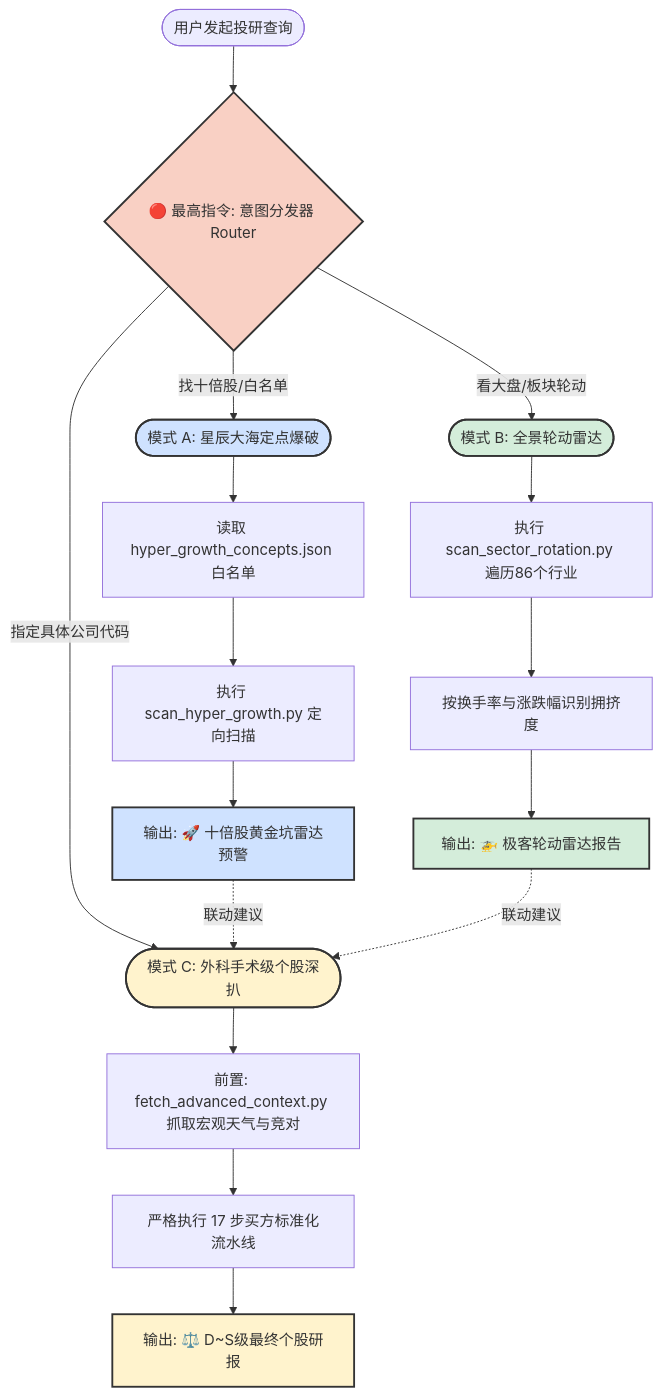
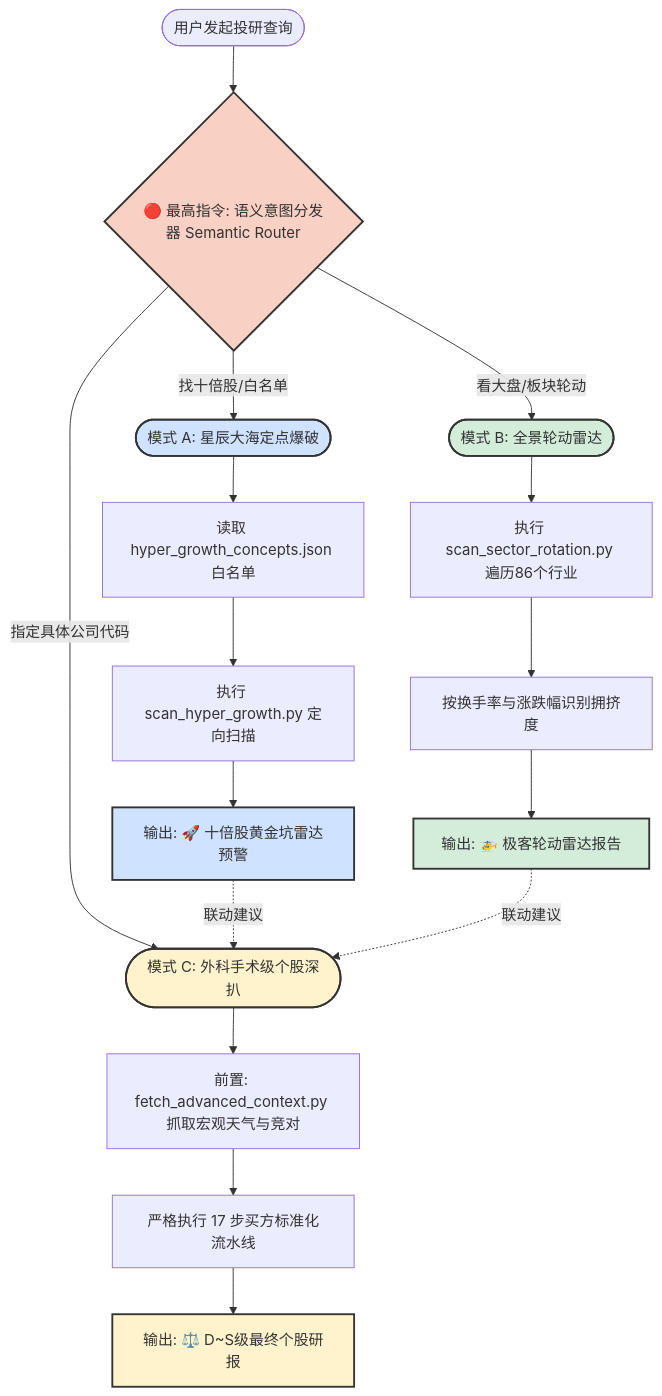
Before and after one commit to nihong/company-researcher: the diagram in README.md, drawn with Mermaid. The commit also changed other lines of this file and 5 other files, not shown here.

Commit message:
优化：1. 重构 Router 为语义意图分发；2. 增加红蓝双向辩论与全局逻辑反思机制；3. 强化数据防幻觉底线，注入 NO_PROXY 免代理配置，彻底禁止在 akshare 失败时通过搜索引擎抓取财务数据。

````diff
--- a/README.md
+++ b/README.md
@@ -24,31 +24,31 @@
 ```mermaid
 graph TD
-    A([用户发起投研查询]) --> B{🔴 最高指令: 意图分发器 Router}
+    A([用户发起投研查询]) --> B{🔴 最高指令: 语义意图分发器 Semantic Router}
     
     B -- "找十倍股/白名单" --> C([模式 A: 星辰大海定点爆破])
     C --> C1[读取 hyper_growth_concepts.json 白名单]
     C1 --> C2[执行 scan_hyper_growth.py 定向扫描]
     C2 --> C3[输出: 🚀 十倍股黄金坑雷达预警]
     
     B -- "看大盘/板块轮动" --> D([模式 B: 全景轮动雷达])
     D --> D1[执行 scan_sector_rotation.py 遍历86个行业]
     D1 --> D2[按换手率与涨跌幅识别拥挤度]
     D2 --> D3[输出: 🚁 极客轮动雷达报告]
     
     B -- "指定具体公司代码" --> E([模式 C: 外科手术级个股深扒])
     E --> E1[前置: fetch_advanced_context.py 抓取宏观天气与竞对]
     E1 --> E2[严格执行 17 步买方标准化流水线]
     E2 --> E3[输出: ⚖️ D~S级最终个股研报]
     
     C3 -.->|联动建议| E
     D3 -.->|联动建议| E
     
     classDef red fill:#f9d0c4,stroke:#333,stroke-width:2px;
     class B red;
     classDef blue fill:#cfe2ff,stroke:#333,stroke-width:2px;
     class C,C3 blue;
     classDef green fill:#d4edda,stroke:#333,stroke-width:2px;
     class D,D3 green;
     classDef yellow fill:#fff3cd,stroke:#333,stroke-width:2px;
     class E,E3 yellow;
 ```
````
